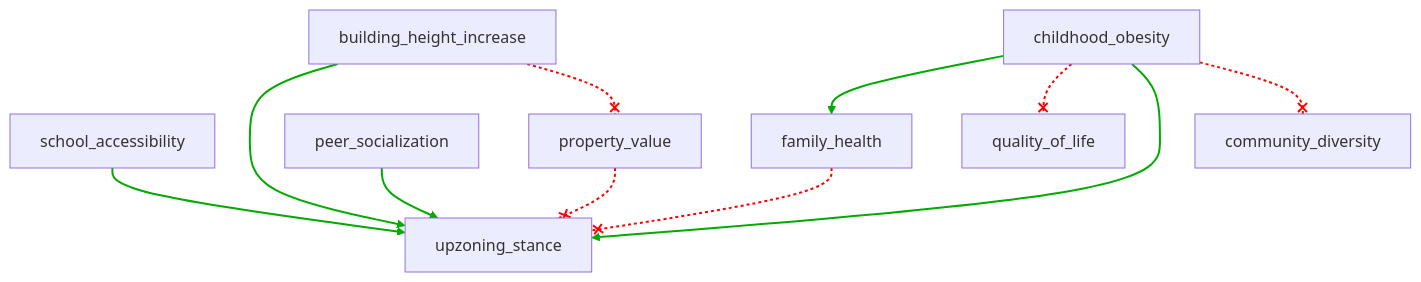
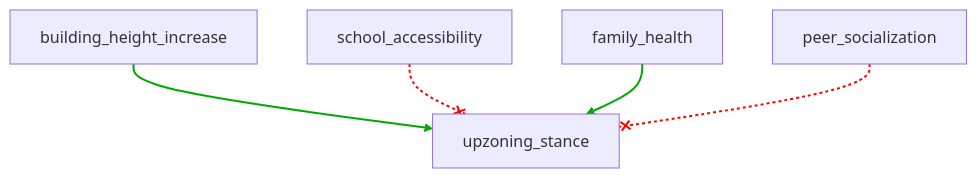
One commit to jajamoa/generative-minds changed the diagram in data/samples/output/reconstruction/reconstructed_graph.md. Above: the diagram before and after it, drawn with Mermaid. The commit also changed 4 other files, not shown here.

Commit message:
Update graph_reconstruction

````diff
--- a/data/samples/output/reconstruction/reconstructed_graph.md
+++ b/data/samples/output/reconstruction/reconstructed_graph.md
@@ -1,35 +1,19 @@
 ```mermaid
 flowchart TD
 %% Reconstructed Causal Graph
-%% Nodes: 9
-%% Edges: 10
+%% Nodes: 5
+%% Edges: 4
     upzoning_stance[upzoning_stance]
     n2[building_height_increase]
     n3[school_accessibility]
     n4[family_health]
     n5[peer_socialization]
-    n6[property_value]
-    n7[childhood_obesity]
-    n8[quality_of_life]
-    n9[community_diversity]
     n2 --> upzoning_stance
-    n2 --x n6
-    n3 --> upzoning_stance
-    n4 --x upzoning_stance
-    n5 --> upzoning_stance
-    n6 --x upzoning_stance
-    n7 --> n4
-    n7 --x n8
-    n7 --> upzoning_stance
-    n7 --x n9
+    n3 --x upzoning_stance
+    n4 --> upzoning_stance
+    n5 --x upzoning_stance
     linkStyle 0 stroke:#00AA00,stroke-width:2px
     linkStyle 1 stroke:#FF0000,stroke-dasharray:3,stroke-width:2px
     linkStyle 2 stroke:#00AA00,stroke-width:2px
     linkStyle 3 stroke:#FF0000,stroke-dasharray:3,stroke-width:2px
-    linkStyle 4 stroke:#00AA00,stroke-width:2px
-    linkStyle 5 stroke:#FF0000,stroke-dasharray:3,stroke-width:2px
-    linkStyle 6 stroke:#00AA00,stroke-width:2px
-    linkStyle 7 stroke:#FF0000,stroke-dasharray:3,stroke-width:2px
-    linkStyle 8 stroke:#00AA00,stroke-width:2px
-    linkStyle 9 stroke:#FF0000,stroke-dasharray:3,stroke-width:2px
 ```
````
